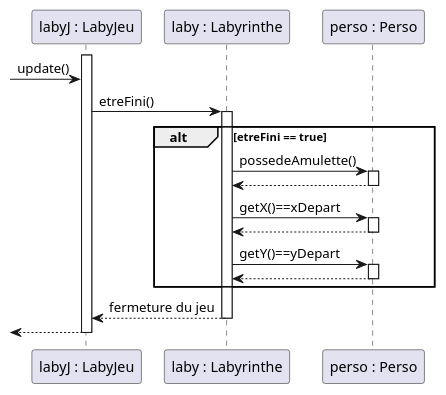
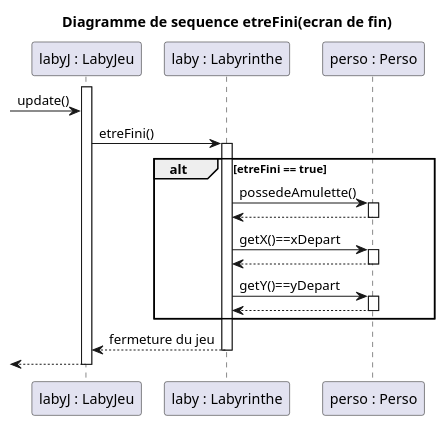
Before and after one commit to Fhm11/Projet_Zeldiablo: the diagram in documents/version_4/3_Troisieme_fonctionnalitee_diagSeq.PUML, drawn with PlantUML. The commit also changed 12 other files, not shown here.

Commit message:
correction de beaucoup de diagramme

```diff
--- a/documents/version_4/3_Troisieme_fonctionnalitee_diagSeq.PUML
+++ b/documents/version_4/3_Troisieme_fonctionnalitee_diagSeq.PUML
@@ -1,29 +1,30 @@
 @startuml
 participant "labyJ : LabyJeu" as LabyJeu
 participant "laby : Labyrinthe" as Labyrinthe
 participant "perso : Perso" as Perso
+title Diagramme de sequence etreFini(ecran de fin)
 
 activate LabyJeu
 ->LabyJeu : update()
 LabyJeu -> Labyrinthe : etreFini()
 alt etreFini == true
 activate Labyrinthe
 Labyrinthe -> Perso : possedeAmulette()
 activate Perso
 Perso --> Labyrinthe
 deactivate Perso
 Labyrinthe -> Perso : getX()==xDepart
 activate Perso
 Perso --> Labyrinthe
 deactivate Perso
 Labyrinthe -> Perso : getY()==yDepart
 activate Perso
 Perso --> Labyrinthe
 deactivate Perso
 
 end
 Labyrinthe --> LabyJeu : fermeture du jeu
 deactivate Labyrinthe
 <--LabyJeu
 deactivate LabyJeu
 @enduml
```
